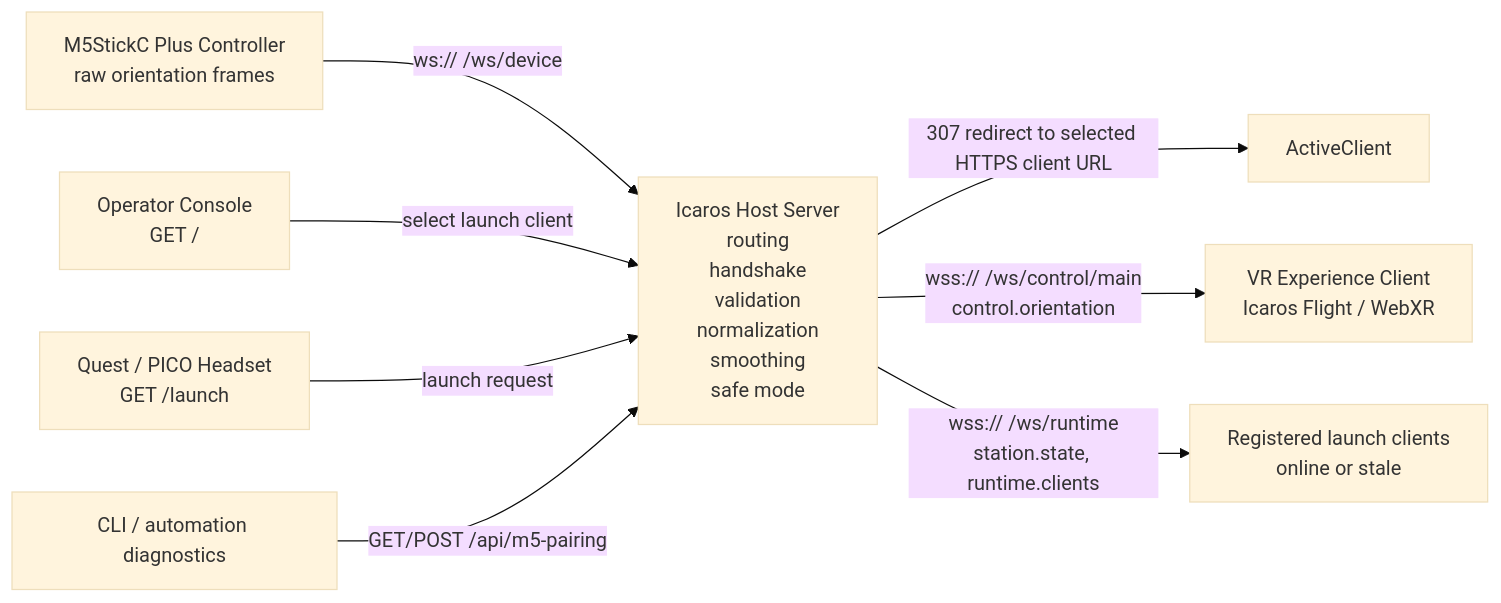
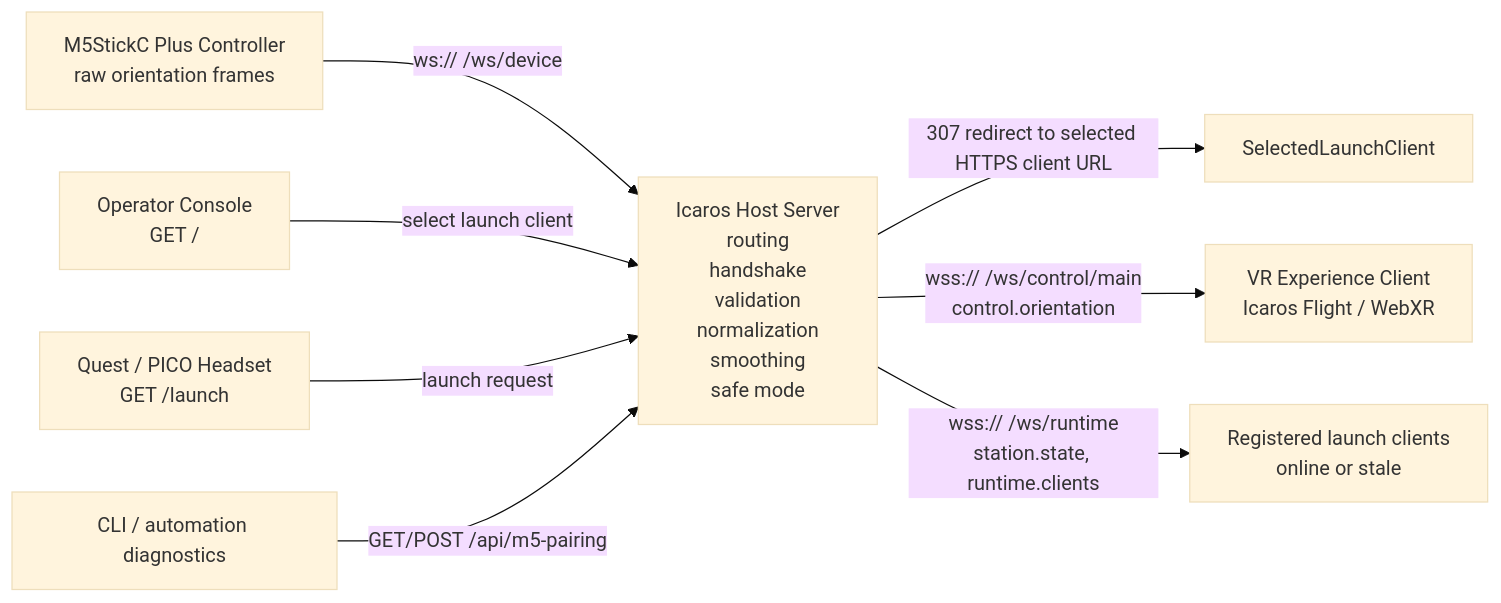
Before and after one commit to dweigend/Icaros_Host: the diagram in README.md, drawn with Mermaid (base theme). The commit also changed 21 other files, not shown here.

````diff
--- a/README.md
+++ b/README.md
@@ -21,13 +21,13 @@
 ```mermaid
 flowchart LR
     M5["M5StickC Plus Controller<br/>raw orientation frames"] -->|"ws:// /ws/device"| Host
     Operator["Operator Console<br/>GET /"] -->|"select launch client"| Host
     Quest["Quest / PICO Headset<br/>GET /launch"] -->|"launch request"| Host
 
     Host["Icaros Host Server<br/>routing<br/>handshake<br/>validation<br/>normalization<br/>smoothing<br/>safe mode"]
 
-    Host -->|"307 redirect to selected HTTPS client URL"| ActiveClient
+    Host -->|"307 redirect to selected HTTPS client URL"| SelectedLaunchClient
     Host -->|"wss:// /ws/control/main<br/>control.orientation"| ControlClient["VR Experience Client<br/>Icaros Flight / WebXR"]
     Host -->|"wss:// /ws/runtime<br/>station.state, runtime.clients"| OtherClients["Registered launch clients<br/>online or stale"]
     Diagnostics["CLI / automation diagnostics"] -->|"GET/POST /api/m5-pairing"| Host
 ```
````
